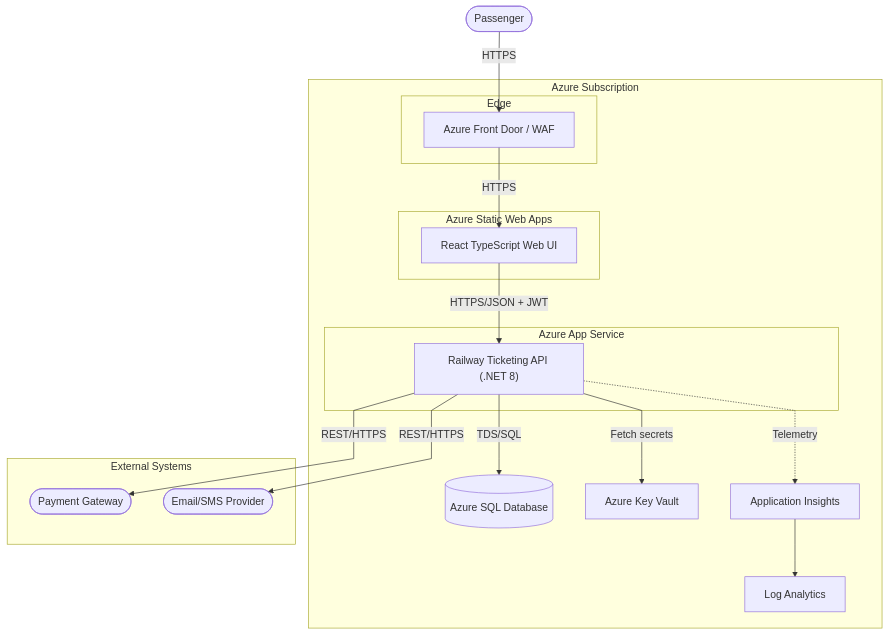
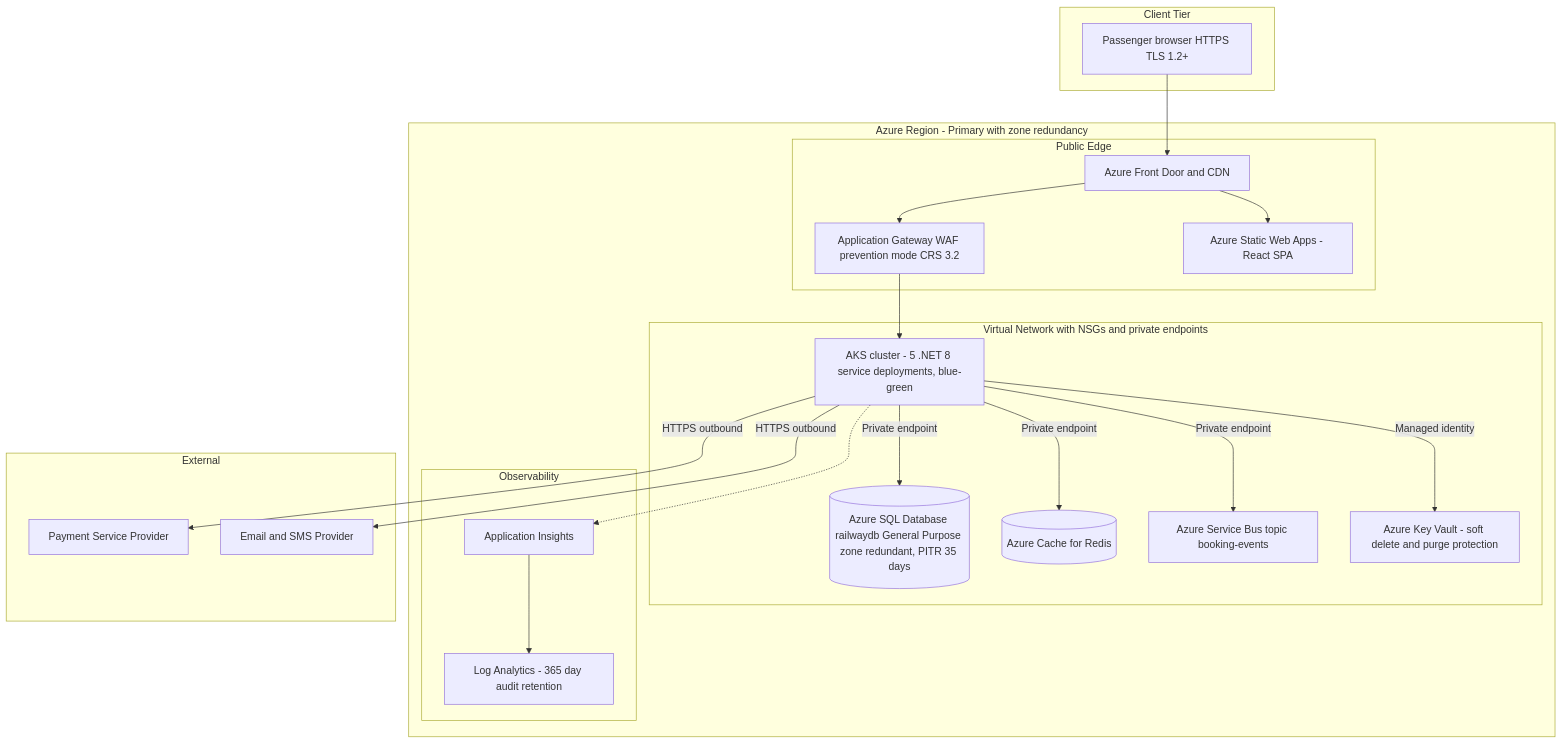
One commit to Mandeep-Kaur-Johar/sdlc-online-railway-ticketing-system changed the diagram in docs/architecture/epic-2998/deployment.mmd. Above: the diagram before and after it, drawn with Mermaid. The commit also changed 7 other files, not shown here.

Commit message:
docs: re-render architecture diagrams for Azure DevOps Epic 2998

```diff
--- a/docs/architecture/epic-2998/deployment.mmd
+++ b/docs/architecture/epic-2998/deployment.mmd
@@ -1,31 +1,36 @@
-%%{init: {"theme":"default","securityLevel":"loose","flowchart":{"htmlLabels":true,"curve":"linear"}} }%%
 flowchart TB
-    Passenger(["Passenger"])
-    subgraph Azure["Azure Subscription"]
-        subgraph Edge["Edge"]
-            FrontDoor["Azure Front Door / WAF"]
+    subgraph Client["Client Tier"]
+        Browser["Passenger browser HTTPS TLS 1.2+"]
+    end
+    subgraph Azure["Azure Region - Primary with zone redundancy"]
+        subgraph Public["Public Edge"]
+            FD["Azure Front Door and CDN"]
+            AGW["Application Gateway WAF prevention mode CRS 3.2"]
+            SWA["Azure Static Web Apps - React SPA"]
         end
-        subgraph StaticApps["Azure Static Web Apps"]
-            ReactUI["React TypeScript Web UI"]
+        subgraph VNet["Virtual Network with NSGs and private endpoints"]
+            AKS["AKS cluster - 5 .NET 8 service deployments, blue-green"]
+            SQLDB[("Azure SQL Database railwaydb General Purpose zone redundant, PITR 35 days")]
+            Redis[("Azure Cache for Redis")]
+            Bus["Azure Service Bus topic booking-events"]
+            KV["Azure Key Vault - soft delete and purge protection"]
         end
-        subgraph AppService["Azure App Service"]
-            RailwayAPI["Railway Ticketing API (.NET 8)"]
+        subgraph Obs["Observability"]
+            AI["Application Insights"]
+            LA["Log Analytics - 365 day audit retention"]
         end
-        RailwayDB[("Azure SQL Database")]
-        KeyVault["Azure Key Vault"]
-        AppInsights["Application Insights"]
-        LogAnalytics["Log Analytics"]
     end
-    subgraph External["External Systems"]
-        PaymentGateway(["Payment Gateway"])
-        NotificationProvider(["Email/SMS Provider"])
+    subgraph Ext["External"]
+        PSP["Payment Service Provider"]
+        Comms["Email and SMS Provider"]
     end
-    Passenger -->|HTTPS| FrontDoor
-    FrontDoor -->|HTTPS| ReactUI
-    ReactUI -->|HTTPS/JSON + JWT| RailwayAPI
-    RailwayAPI -->|TDS/SQL| RailwayDB
-    RailwayAPI -->|Fetch secrets| KeyVault
-    RailwayAPI -->|REST/HTTPS| PaymentGateway
-    RailwayAPI -->|REST/HTTPS| NotificationProvider
-    RailwayAPI -.->|Telemetry| AppInsights
-    AppInsights --> LogAnalytics
+    Browser --> FD --> SWA
+    FD --> AGW --> AKS
+    AKS -->|Private endpoint| SQLDB
+    AKS -->|Private endpoint| Redis
+    AKS -->|Private endpoint| Bus
+    AKS -->|Managed identity| KV
+    AKS -.-> AI
+    AI --> LA
+    AKS -->|HTTPS outbound| PSP
+    AKS -->|HTTPS outbound| Comms
```
